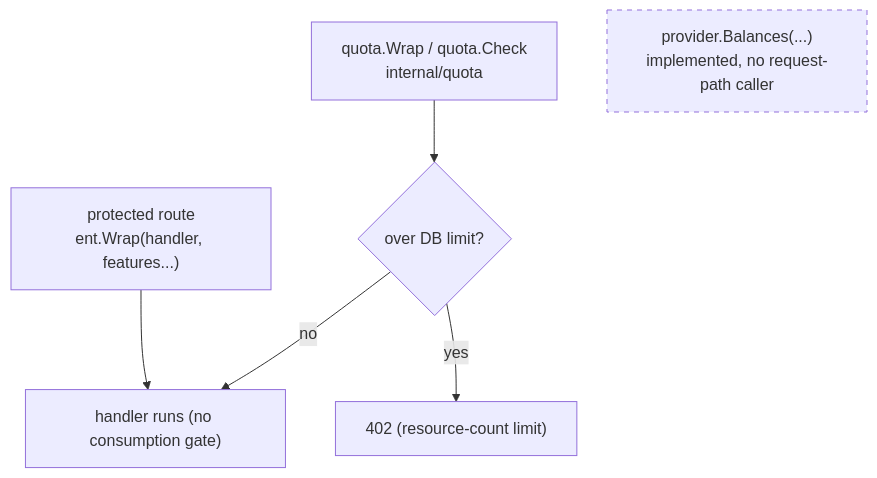
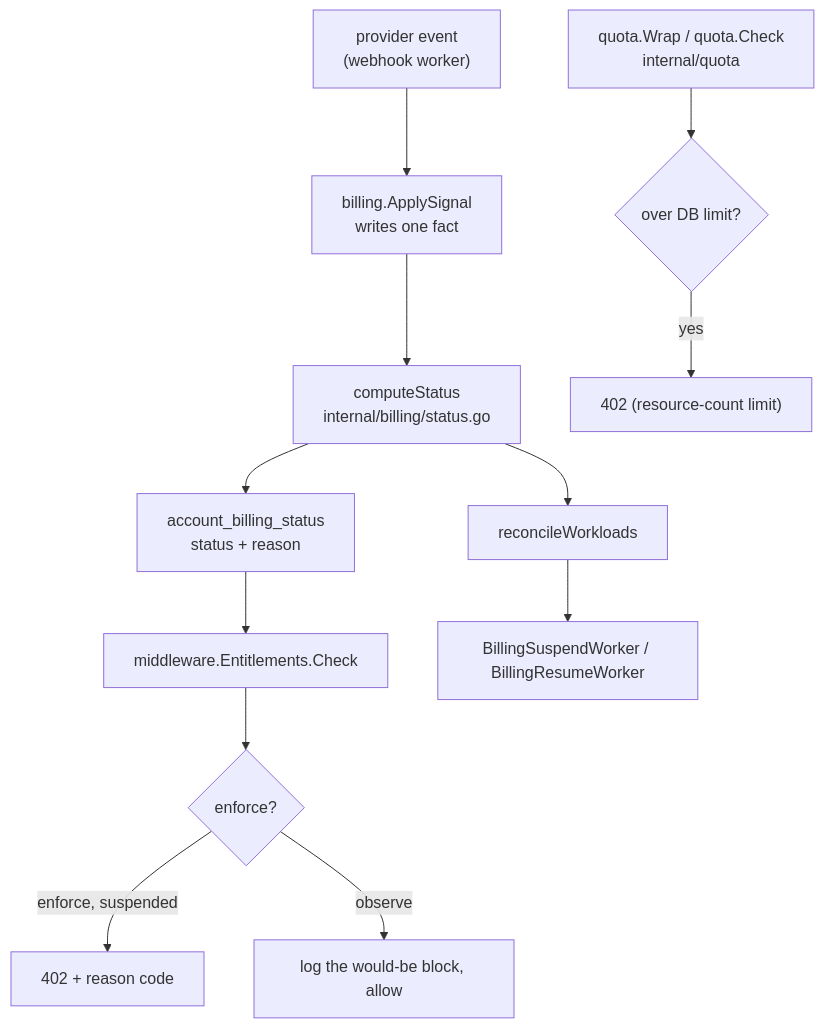
One commit to astropods/astro-cli changed the fifth of 9 diagrams in docs/03-architecture/billing-data-flow.md. Above: the diagram before and after it, drawn with Mermaid. The commit also changed other lines of this file and 14 other files, not shown here.

First line of the commit message:
fix(billing): the credit alert must not gate an unlimited account (#2048)

````diff
--- a/docs/03-architecture/billing-data-flow.md
+++ b/docs/03-architecture/billing-data-flow.md
@@ -128,9 +151,14 @@
 ```mermaid
 flowchart TD
-    REQ["protected route<br/>ent.Wrap(handler, features...)"] --> PASS["handler runs (no consumption gate)"]
+    EV["provider event<br/>(webhook worker)"] --> AS["billing.ApplySignal<br/>writes one fact"]
+    AS --> CS["computeStatus<br/>internal/billing/status.go"]
+    CS --> ROW["account_billing_status<br/>status + reason"]
+    ROW --> ENT["middleware.Entitlements.Check"]
+    ENT --> DEC{"enforce?"}
+    DEC -->|"enforce, suspended"| R402["402 + reason code"]
+    DEC -->|"observe"| LOG["log the would-be block, allow"]
+    CS --> REC["reconcileWorkloads"]
+    REC --> SUS["BillingSuspendWorker / BillingResumeWorker"]
     QUOTA["quota.Wrap / quota.Check<br/>internal/quota"] --> Q402{"over DB limit?"}
-    Q402 -->|yes| R402["402 (resource-count limit)"]
-    Q402 -->|no| PASS
-    CB["provider.Balances(...)<br/>implemented, no request-path caller"]:::todo
-    classDef todo stroke-dasharray: 5 5;
+    Q402 -->|yes| RQ["402 (resource-count limit)"]
 ```
````
